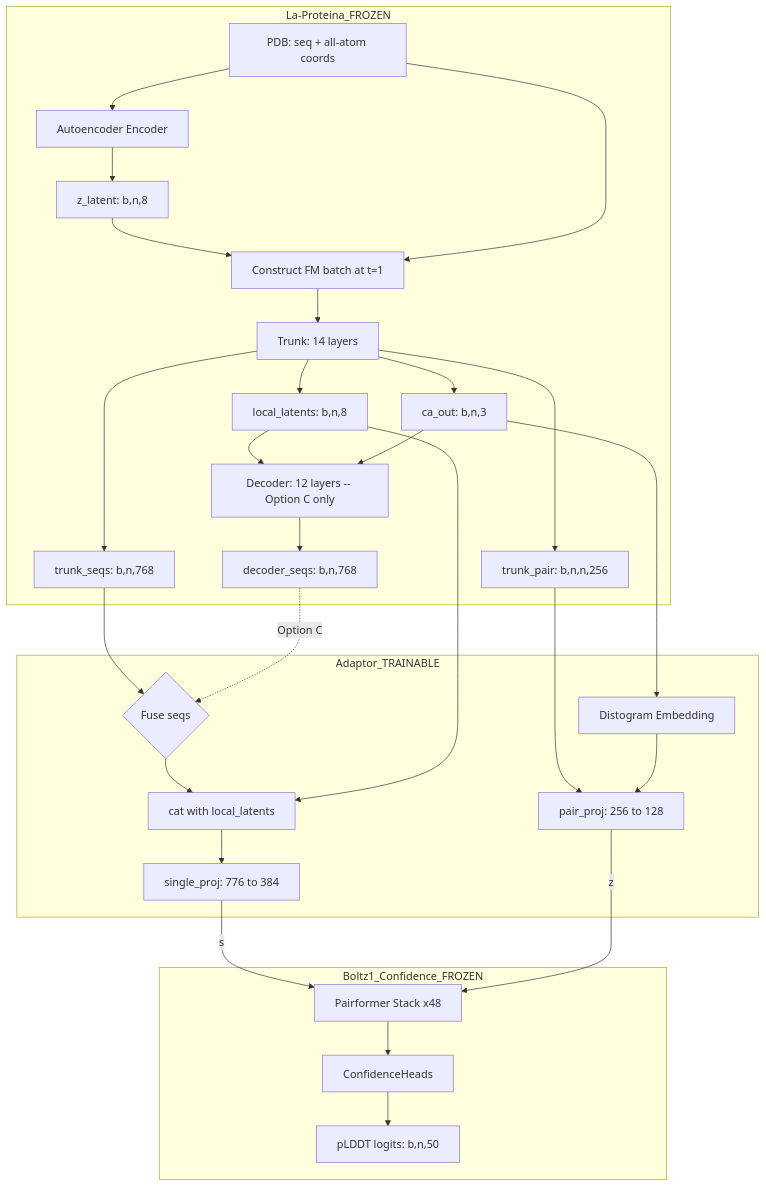
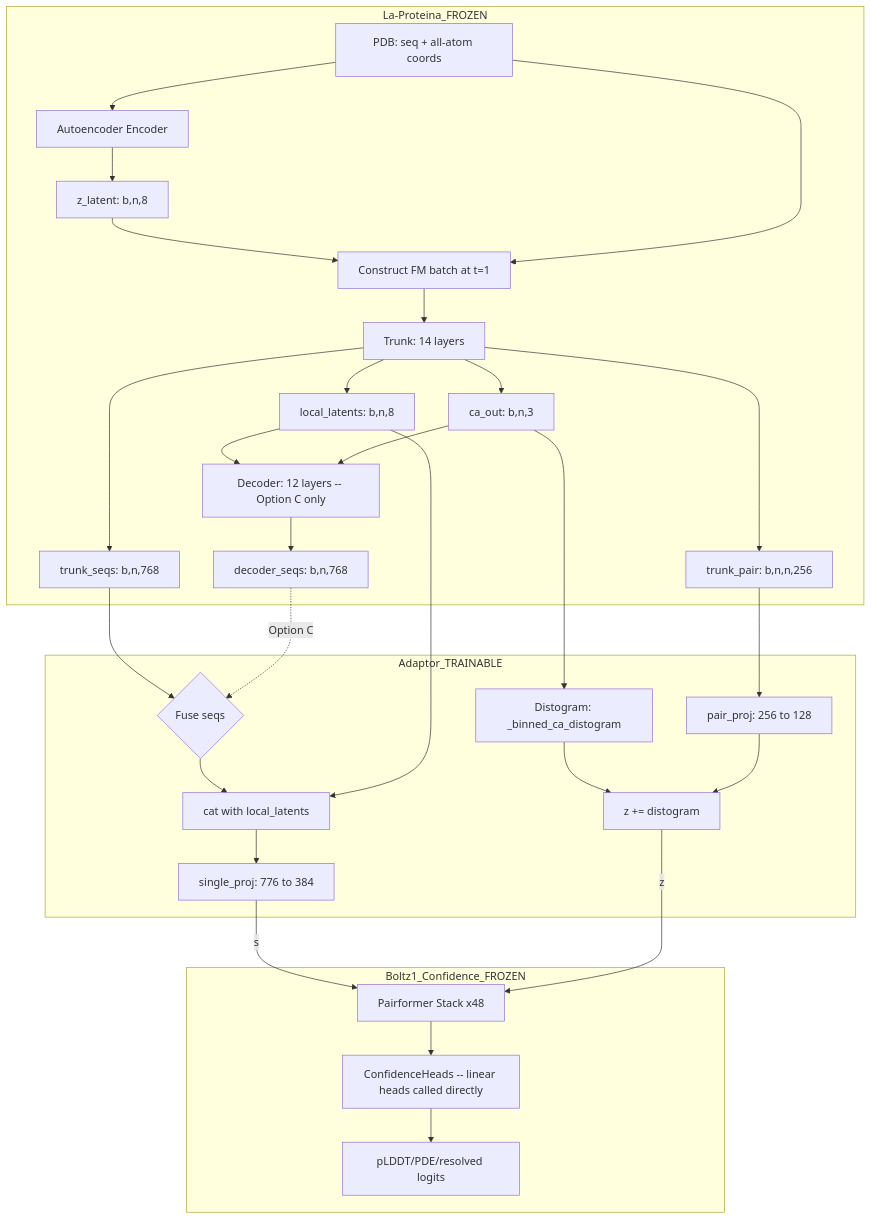
Before and after one commit to stanislav-chekmenev/quality-graft: the diagram in plans/architecture.md, drawn with Mermaid. The commit also changed other lines of this file and 9 other files, not shown here.

````diff
--- a/plans/architecture.md
+++ b/plans/architecture.md
@@ -578,35 +608,36 @@
 ```mermaid
 graph TD
     subgraph La-Proteina_FROZEN
         LP_IN[PDB: seq + all-atom coords] --> LP_AE[Autoencoder Encoder]
         LP_AE --> LP_Z[z_latent: b,n,8]
         LP_Z --> LP_FM[Construct FM batch at t=1]
         LP_IN --> LP_FM
         LP_FM --> LP_TRUNK[Trunk: 14 layers]
         LP_TRUNK --> LP_S[trunk_seqs: b,n,768]
         LP_TRUNK --> LP_P[trunk_pair: b,n,n,256]
         LP_TRUNK --> LP_L[local_latents: b,n,8]
         LP_TRUNK --> LP_CA[ca_out: b,n,3]
         LP_L --> LP_DEC[Decoder: 12 layers -- Option C only]
         LP_CA --> LP_DEC
         LP_DEC --> LP_DS[decoder_seqs: b,n,768]
     end
 
     subgraph Adaptor_TRAINABLE
         LP_S --> FUSE{Fuse seqs}
         LP_DS -.Option C.-> FUSE
         FUSE --> CAT[cat with local_latents]
         LP_L --> CAT
         CAT --> SPROJ[single_proj: 776 to 384]
         LP_P --> ZPROJ[pair_proj: 256 to 128]
-        LP_CA --> DISTO[Distogram Embedding]
-        DISTO --> ZPROJ
+        LP_CA --> DISTO[Distogram: _binned_ca_distogram]
+        DISTO --> ZADD[z += distogram]
+        ZPROJ --> ZADD
     end
 
     subgraph Boltz1_Confidence_FROZEN
         SPROJ --> |s| PF[Pairformer Stack x48]
-        ZPROJ --> |z| PF
-        PF --> HEADS[ConfidenceHeads]
-        HEADS --> PLDDT[pLDDT logits: b,n,50]
+        ZADD --> |z| PF
+        PF --> HEADS[ConfidenceHeads -- linear heads called directly]
+        HEADS --> PLDDT[pLDDT/PDE/resolved logits]
     end
 ```
````
